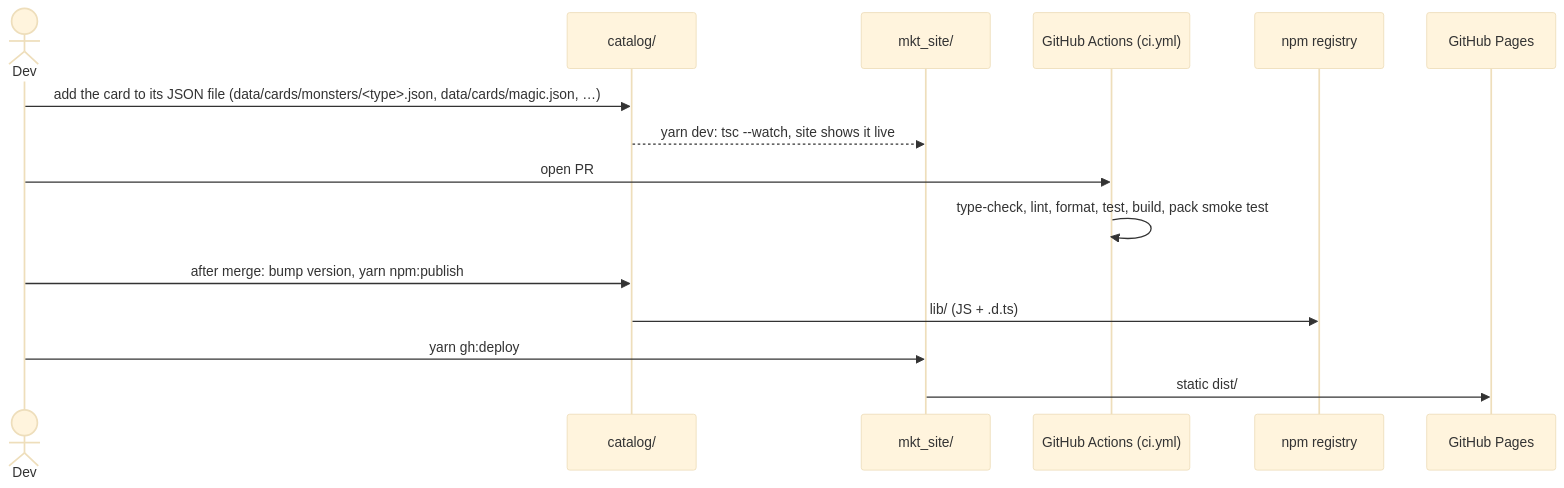
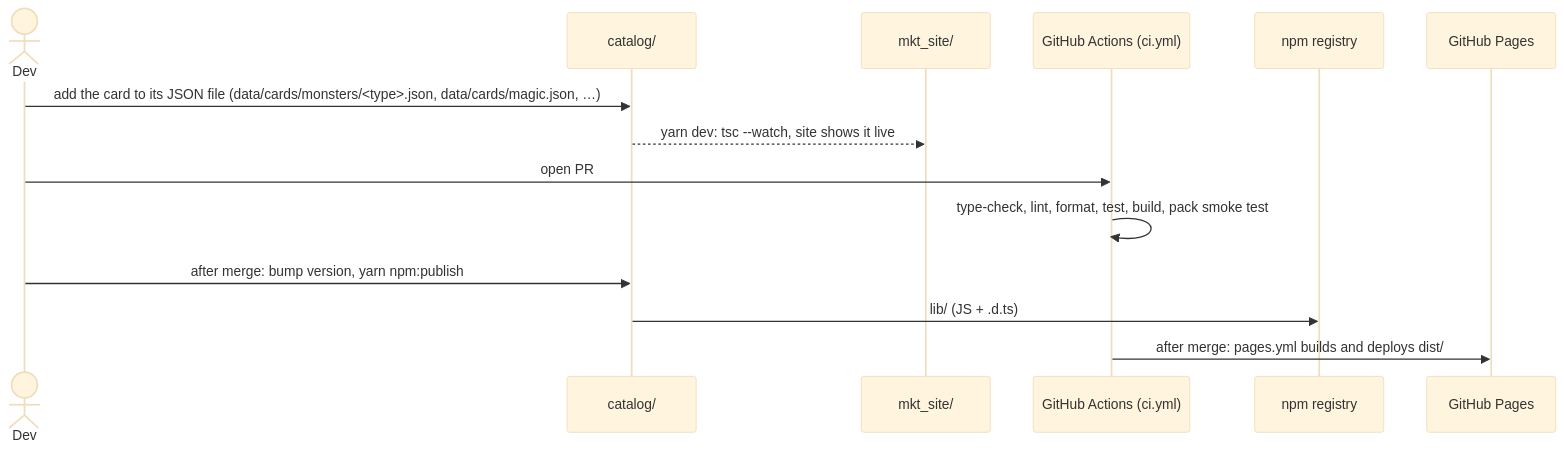
One commit to mhsalves/yugioh-fb-catalog changed the fourth of 4 diagrams in docs/ARCHITECTURE.md. Above: the diagram before and after it, drawn with Mermaid (base theme). The commit also changed other lines of this file and 4 other files, not shown here.

First line of the commit message:
ci(pages): Deploy the site to GitHub Pages on merge to main

````diff
--- a/docs/ARCHITECTURE.md
+++ b/docs/ARCHITECTURE.md
@@ -262,17 +266,16 @@
 ```mermaid
 sequenceDiagram
     actor Dev
     participant Cat as catalog/
     participant Site as mkt_site/
     participant CI as GitHub Actions (ci.yml)
     participant NPM as npm registry
     participant GH as GitHub Pages
     Dev->>Cat: add the card to its JSON file (data/cards/monsters/<type>.json, data/cards/magic.json, …)
     Cat-->>Site: yarn dev: tsc --watch, site shows it live
     Dev->>CI: open PR
     CI->>CI: type-check, lint, format, test, build, pack smoke test
     Dev->>Cat: after merge: bump version, yarn npm:publish
     Cat->>NPM: lib/ (JS + .d.ts)
-    Dev->>Site: yarn gh:deploy
-    Site->>GH: static dist/
+    CI->>GH: after merge: pages.yml builds and deploys dist/
 ```
````
